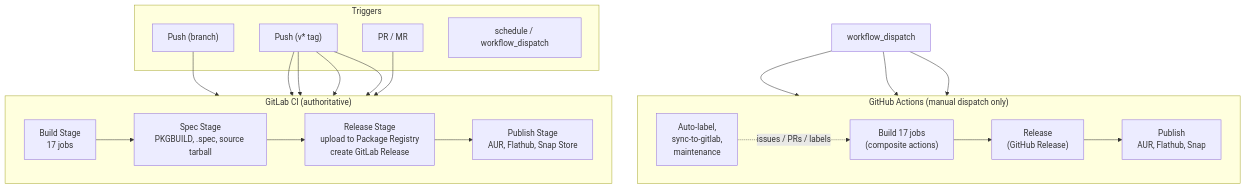
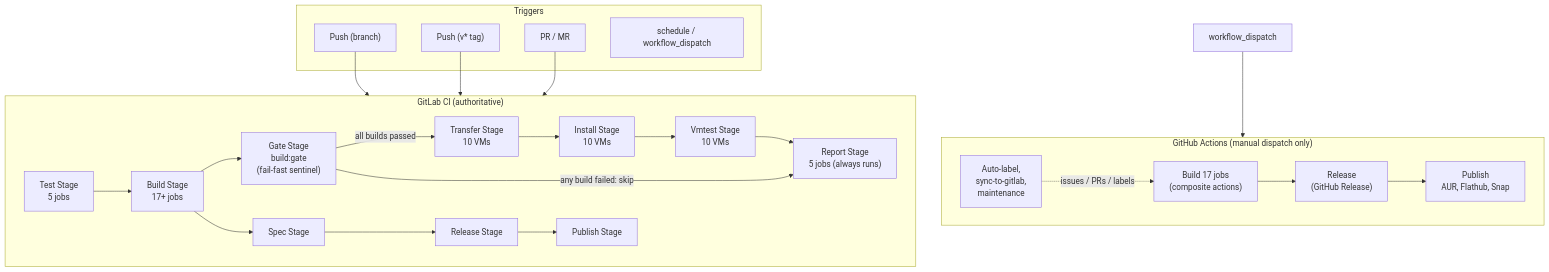
The diagram in docs/ci-cd/ci-pipeline.md (DonnieDice/protondrive-linux), drawn with Mermaid before and after one commit. The commit also changed other lines of this file and 2 other files, not shown here.

First line of the commit message:
docs: update CI/CD docs for gate stage, script paths, and distro fixes

````diff
--- a/docs/ci-cd/ci-pipeline.md
+++ b/docs/ci-cd/ci-pipeline.md
@@ -26,35 +26,43 @@
 ```mermaid
 flowchart TD
     subgraph Triggers
         PUSH["Push (branch)"]
         TAG["Push (v* tag)"]
         PR["PR / MR"]
         SCHED["schedule / workflow_dispatch"]
     end
 
     subgraph GitLab_CI["GitLab CI (authoritative)"]
         direction LR
-        GL_BUILD["Build Stage\n17 jobs"]
-        GL_SPEC["Spec Stage\nPKGBUILD, .spec, source tarball"]
-        GL_REL["Release Stage\nupload to Package Registry\ncreate GitLab Release"]
-        GL_PUB["Publish Stage\nAUR, Flathub, Snap Store"]
+        GL_TEST["Test Stage\n5 jobs"]
+        GL_BUILD["Build Stage\n17+ jobs"]
+        GL_GATE["Gate Stage\nbuild:gate\n(fail-fast sentinel)"]
+        GL_TRANSFER["Transfer Stage\n10 VMs"]
+        GL_INSTALL["Install Stage\n10 VMs"]
+        GL_VMTEST["Vmtest Stage\n10 VMs"]
+        GL_REPORT["Report Stage\n5 jobs (always runs)"]
+        GL_SPEC["Spec Stage"]
+        GL_REL["Release Stage"]
+        GL_PUB["Publish Stage"]
     end
 
     subgraph GitHub_Actions["GitHub Actions (manual dispatch only)"]
         direction LR
         GH_BUILD["Build 17 jobs\n(composite actions)"]
         GH_MISC["Auto-label,\nsync-to-gitlab,\nmaintenance"]
         GH_REL["Release\n(GitHub Release)"]
         GH_PUB["Publish\nAUR, Flathub, Snap"]
     end
 
     GR_TRIGGER["workflow_dispatch"] --> GH_BUILD
-    PUSH --> GL_BUILD
-    TAG --> GL_BUILD & GL_SPEC & GL_REL & GL_PUB
-    PR --> GL_BUILD
-    GR_TRIGGER --> GH_REL & GH_PUB
+    PUSH --> GL_TEST --> GL_BUILD
+    TAG --> GL_BUILD
+    PR --> GL_TEST
 
+    GL_BUILD --> GL_GATE
+    GL_GATE -->|"all builds passed"| GL_TRANSFER --> GL_INSTALL --> GL_VMTEST --> GL_REPORT
+    GL_GATE -->|"any build failed: skip"| GL_REPORT
     GL_BUILD --> GL_SPEC --> GL_REL --> GL_PUB
     GH_BUILD --> GH_REL --> GH_PUB
     GH_MISC -.->|"issues / PRs / labels"| GH_BUILD
 ```
````
